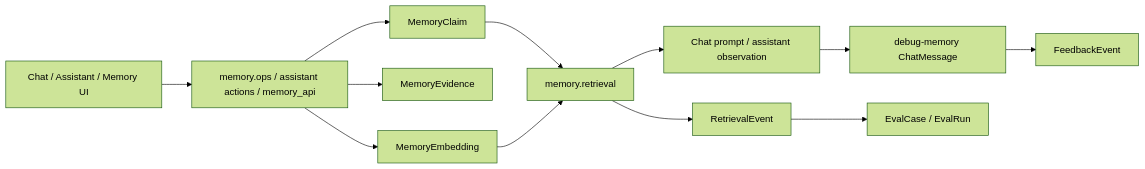
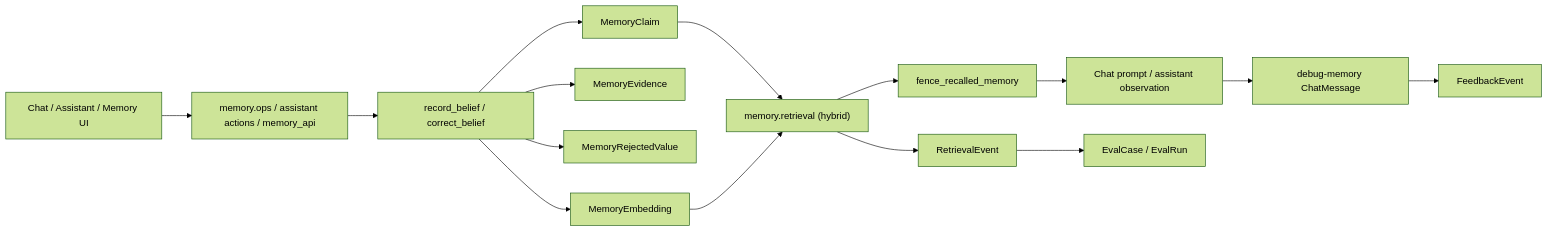
Before and after one commit to neoneye/RainBox: the diagram in source/docs/memory-systems/repos/rainbox.md, drawn with Mermaid (forest theme). The commit also changed other lines of this file, not shown here.

First line of the commit message:
docs(memory-systems): update rainbox report to current trust-hardening state

````diff
--- a/source/docs/memory-systems/repos/rainbox.md
+++ b/source/docs/memory-systems/repos/rainbox.md
@@ -102,14 +134,17 @@
 ```mermaid
 flowchart LR
   UI["Chat / Assistant / Memory UI"] --> Ops["memory.ops / assistant actions / memory_api"]
-  Ops --> Claims["MemoryClaim"]
-  Ops --> Evidence["MemoryEvidence"]
-  Ops --> Emb["MemoryEmbedding"]
-  Claims --> Retrieval["memory.retrieval"]
+  Ops --> RecordBelief["record_belief / correct_belief"]
+  RecordBelief --> Claims["MemoryClaim"]
+  RecordBelief --> Evidence["MemoryEvidence"]
+  RecordBelief --> Tombstone["MemoryRejectedValue"]
+  RecordBelief --> Emb["MemoryEmbedding"]
+  Claims --> Retrieval["memory.retrieval (hybrid)"]
   Emb --> Retrieval
-  Retrieval --> Prompt["Chat prompt / assistant observation"]
+  Retrieval --> Fence["fence_recalled_memory"]
+  Fence --> Prompt["Chat prompt / assistant observation"]
   Retrieval --> Events["RetrievalEvent"]
   Prompt --> Debug["debug-memory ChatMessage"]
   Debug --> Feedback["FeedbackEvent"]
   Events --> Evals["EvalCase / EvalRun"]
 ```
````
